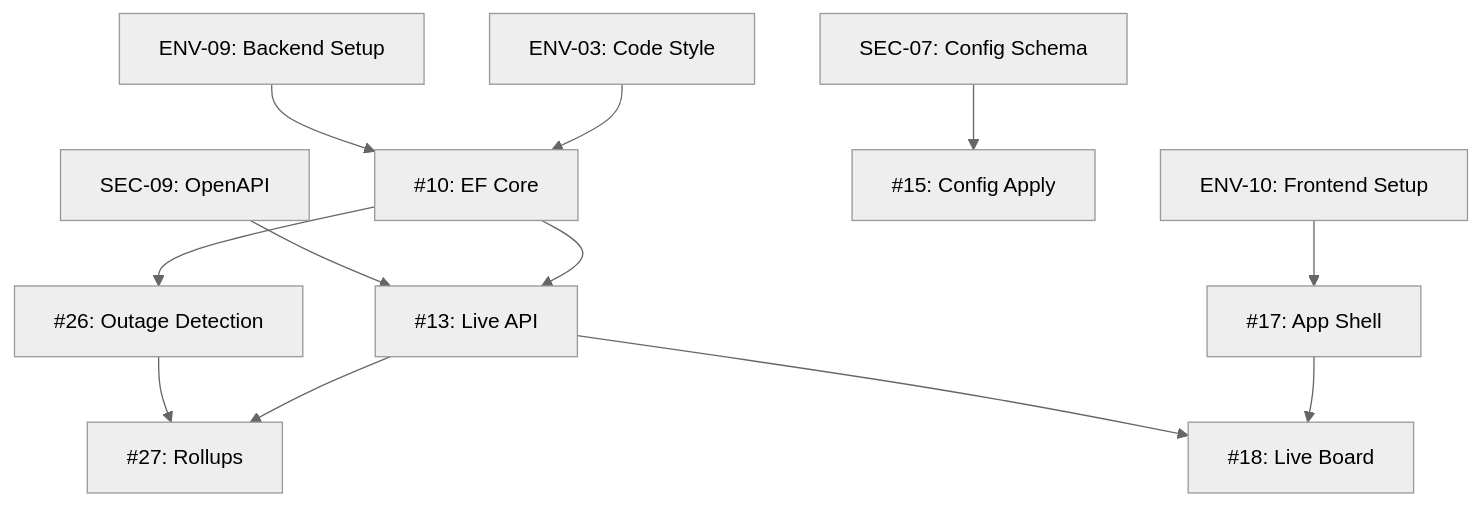
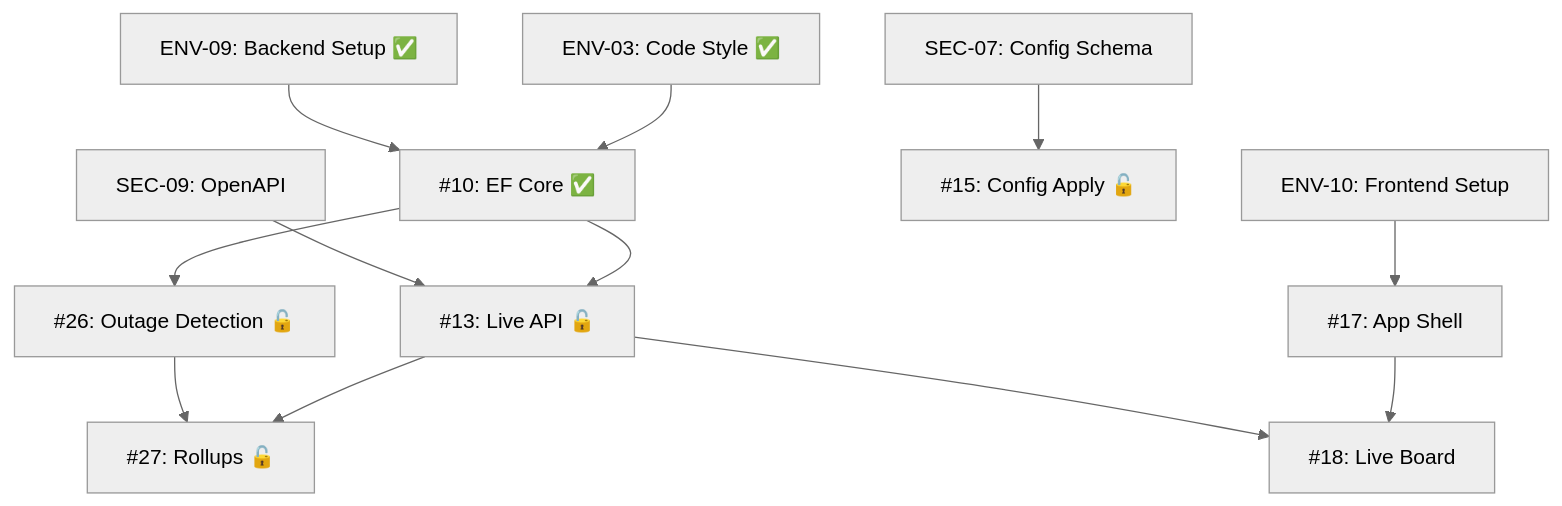
Before and after one commit to MachDatum/ThingConnect.Pulse: the diagram in DEVELOPMENT_PLAN.md, drawn with Mermaid (neutral theme). The commit also changed other lines of this file, not shown here.

````diff
--- a/DEVELOPMENT_PLAN.md
+++ b/DEVELOPMENT_PLAN.md
@@ -163,17 +163,17 @@
 ```mermaid
 graph TD
-    ENV03[ENV-03: Code Style] --> EF10[#10: EF Core]
-    ENV09[ENV-09: Backend Setup] --> EF10
-    EF10 --> API13[#13: Live API]
-    EF10 --> OUT26[#26: Outage Detection]
-    API13 --> ROLL27[#27: Rollups]
+    ENV03[ENV-03: Code Style ✅] --> EF10[#10: EF Core ✅]
+    ENV09[ENV-09: Backend Setup ✅] --> EF10
+    EF10 --> API13[#13: Live API 🔓]
+    EF10 --> OUT26[#26: Outage Detection 🔓]
+    API13 --> ROLL27[#27: Rollups 🔓]
     OUT26 --> ROLL27
     
     SEC09[SEC-09: OpenAPI] --> API13
-    SEC07[SEC-07: Config Schema] --> CFG15[#15: Config Apply]
+    SEC07[SEC-07: Config Schema] --> CFG15[#15: Config Apply 🔓]
     
     ENV10[ENV-10: Frontend Setup] --> UI17[#17: App Shell]
     UI17 --> UI18[#18: Live Board]
     
     API13 --> UI18
 ```
````
